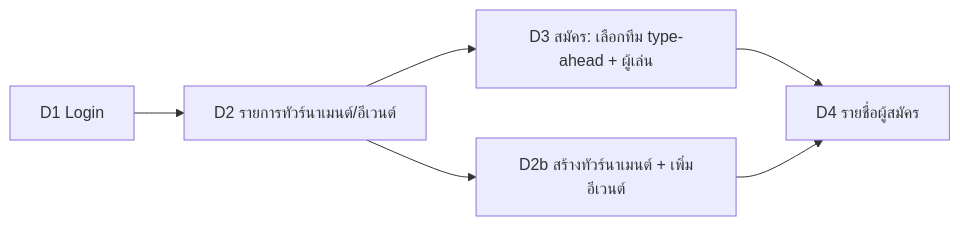
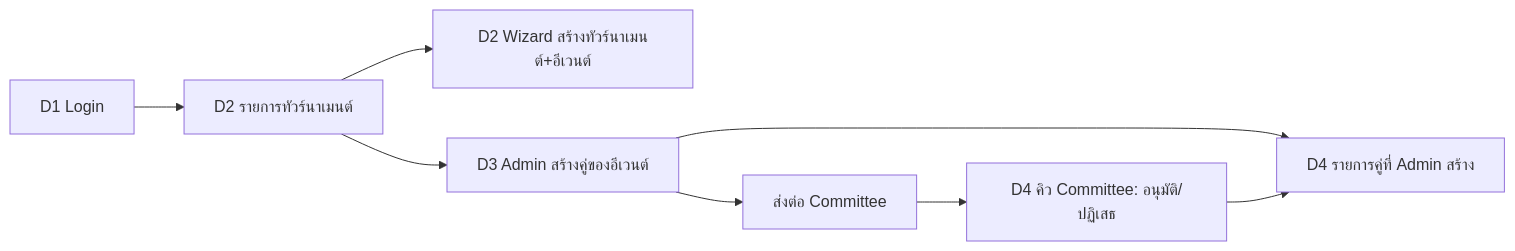
The diagram in docs/design/demo-slice-1.md (a12mong/blulens), drawn with Mermaid before and after one commit. The commit also changed other lines of this file, not shown here.

Commit message:
docs(design): revise demo slice 1 (admin-created doubles entries, wizard, committee queue)

````diff
--- a/docs/design/demo-slice-1.md
+++ b/docs/design/demo-slice-1.md
@@ -16,6 +19,8 @@
 ```mermaid
 flowchart LR
-  L[D1 Login] --> E[D2 รายการทัวร์นาเมนต์/อีเวนต์] --> C[D2b สร้างทัวร์นาเมนต์ + เพิ่มอีเวนต์]
-  E --> R[D3 สมัคร: เลือกทีม type-ahead + ผู้เล่น] --> N[D4 รายชื่อผู้สมัคร]
-  C --> N
+  L[D1 Login] --> E[D2 รายการทัวร์นาเมนต์] --> W[D2 Wizard สร้างทัวร์นาเมนต์+อีเวนต์]
+  E --> A[D3 Admin สร้างคู่ของอีเวนต์] --> F[ส่งต่อ Committee]
+  F --> Q[D4 คิว Committee: อนุมัติ/ปฏิเสธ]
+  A --> M[D4 รายการคู่ที่ Admin สร้าง]
+  Q --> M
 ```
````
